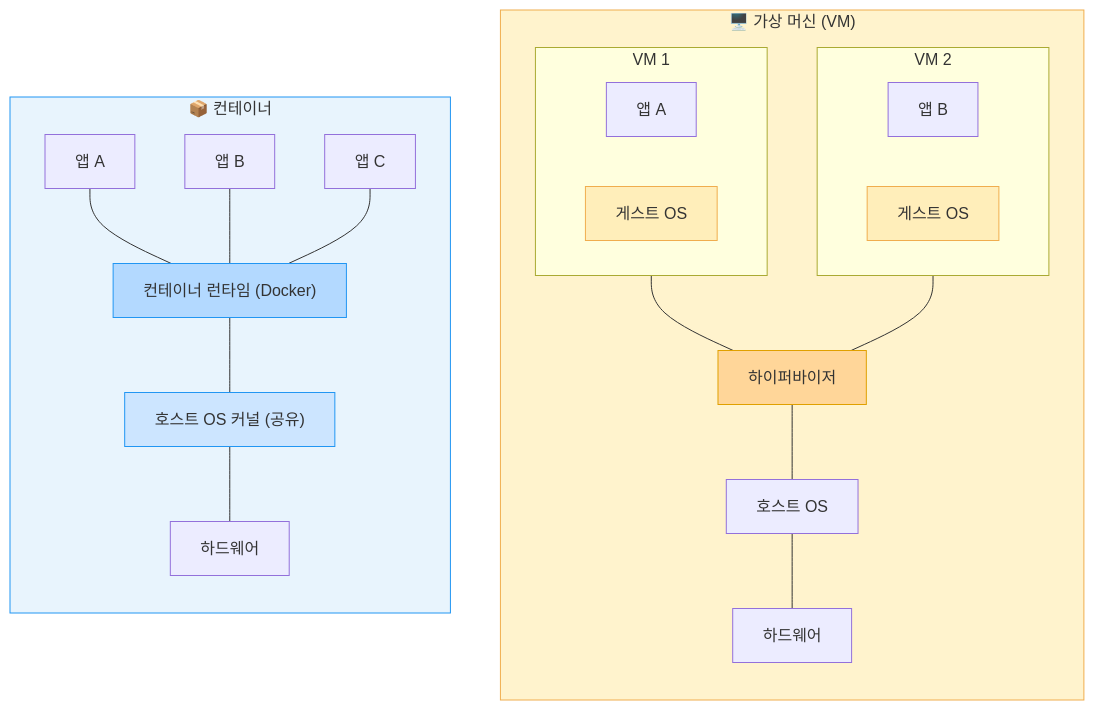
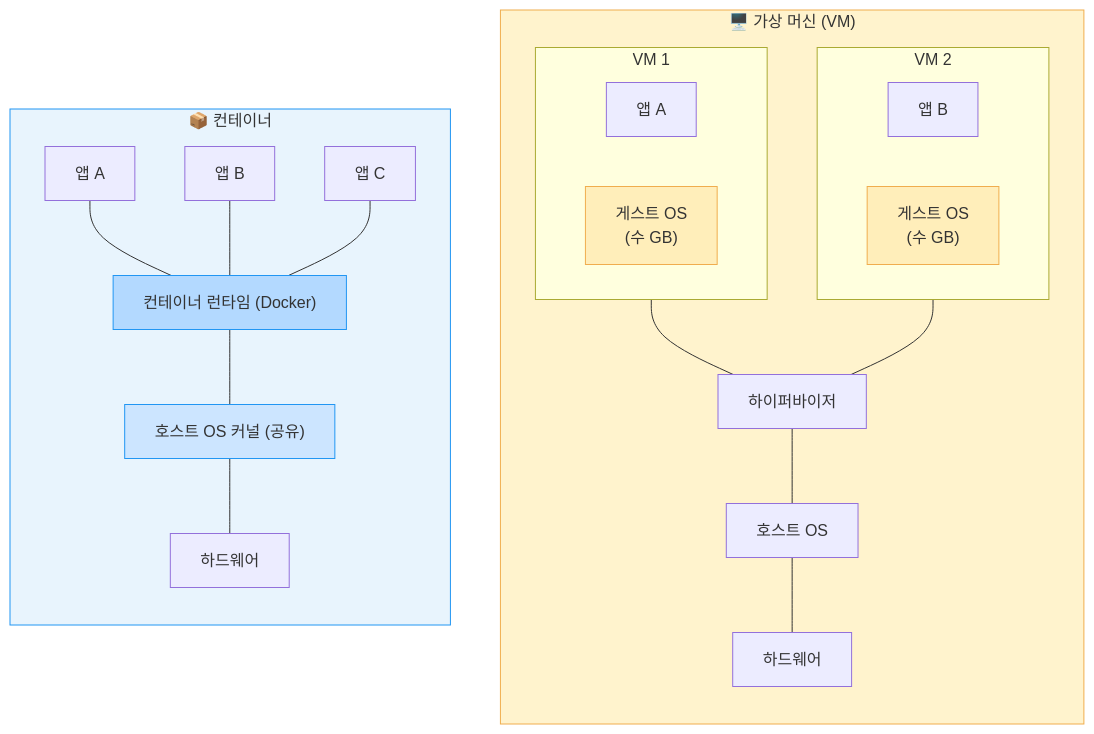
Before and after one commit to skilleat-labs/cloud-native-minwon-lab: the second of 4 diagrams in docs/day2/session1.md, drawn with Mermaid. The commit also changed other lines of this file and 4 other files, not shown here.

````diff
--- a/docs/day2/session1.md
+++ b/docs/day2/session1.md
@@ -49,37 +55,36 @@
 ```mermaid
 flowchart TB
     subgraph VM["🖥️ 가상 머신 (VM)"]
         direction TB
         subgraph VM1["VM 1"]
             VA["앱 A"]
-            VOS1["게스트 OS"]
+            VOS1["게스트 OS\n(수 GB)"]
         end
         subgraph VM2["VM 2"]
             VB["앱 B"]
-            VOS2["게스트 OS"]
+            VOS2["게스트 OS\n(수 GB)"]
         end
         HV["하이퍼바이저"]
         HOS["호스트 OS"]
         HW1["하드웨어"]
         VM1 & VM2 --- HV --- HOS --- HW1
     end
 
     subgraph CT["📦 컨테이너"]
         direction TB
         CA["앱 A"]
         CB["앱 B"]
         CC["앱 C"]
         CR["컨테이너 런타임 (Docker)"]
         KERNEL["호스트 OS 커널 (공유)"]
         HW2["하드웨어"]
         CA & CB & CC --- CR --- KERNEL --- HW2
     end
 
     style VM fill:#fff3cd,stroke:#f0ad4e
     style CT fill:#e8f4fd,stroke:#2196F3
     style VOS1 fill:#ffeeba,stroke:#f0ad4e
     style VOS2 fill:#ffeeba,stroke:#f0ad4e
-    style HV fill:#ffd699,stroke:#e0a000
     style CR fill:#b3d9ff,stroke:#2196F3
     style KERNEL fill:#cce5ff,stroke:#2196F3
 ```
````
